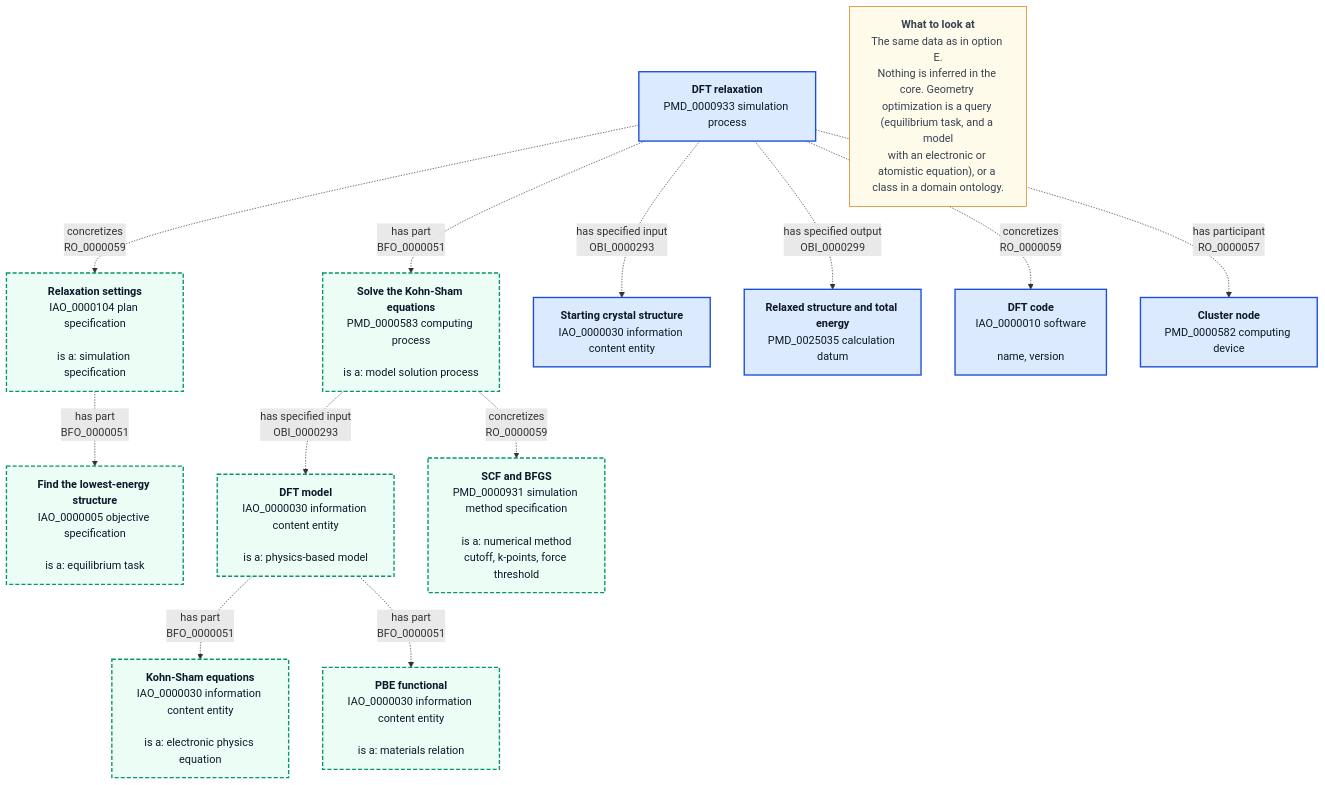
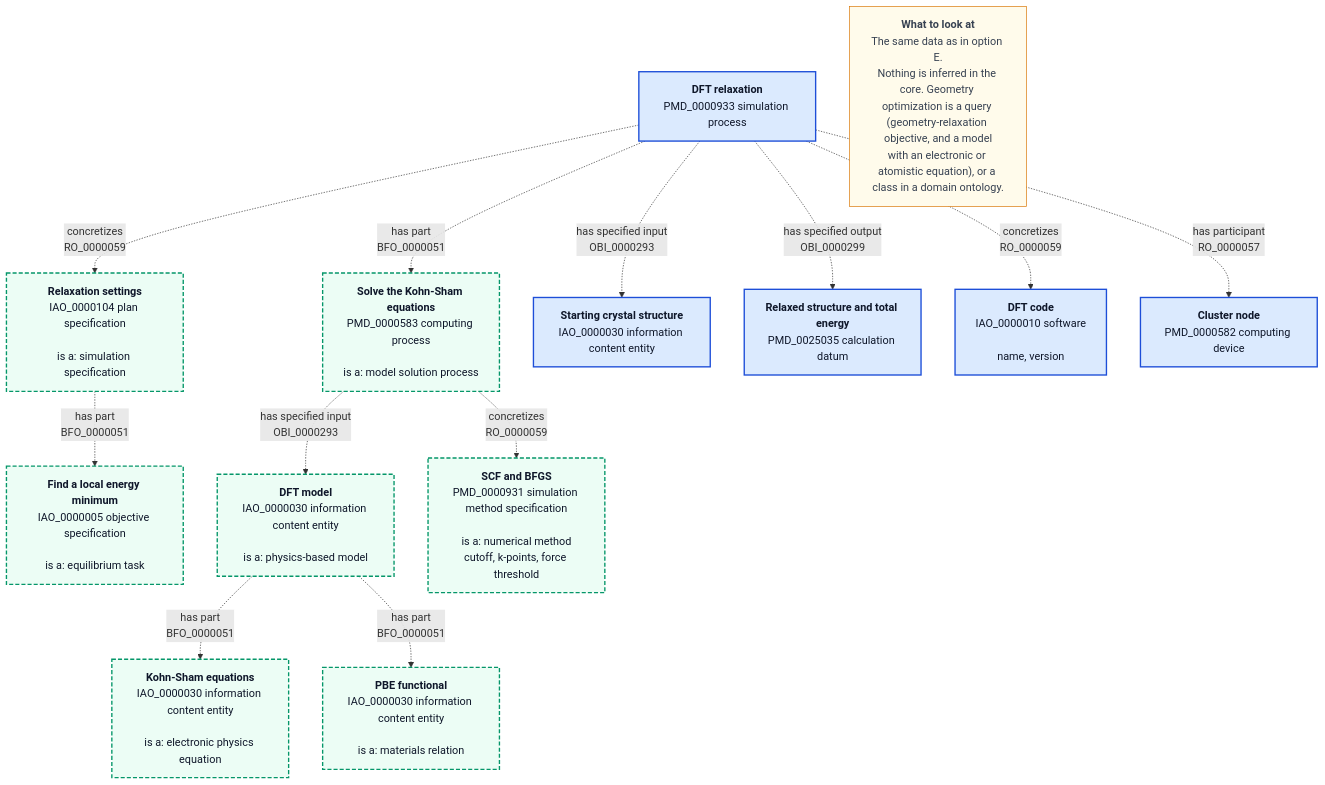
Before and after one commit to BAMresearch/mermantics: the diagram in web/options/f-parts-only/dft.mmd, drawn with Mermaid. The commit also changed 12 other files, not shown here.

```diff
--- a/web/options/f-parts-only/dft.mmd
+++ b/web/options/f-parts-only/dft.mmd
@@ -1,36 +1,36 @@
 flowchart TB
 
 %% Option F. Parts only: DFT geometry optimization
 %% Materials science: a DFT geometry optimization (relaxation) of a crystal structure.
 
     Relaxation["<b>DFT relaxation</b><br>PMD_0000933 simulation process"]:::local
     Spec["<b>Relaxation settings</b><br>IAO_0000104 plan specification<br><br>is a: simulation specification"]:::proposed
-    Task["<b>Find the lowest-energy structure</b><br>IAO_0000005 objective specification<br><br>is a: equilibrium task"]:::proposed
+    Task["<b>Find a local energy minimum</b><br>IAO_0000005 objective specification<br><br>is a: equilibrium task"]:::proposed
     Solve["<b>Solve the Kohn-Sham equations</b><br>PMD_0000583 computing process<br><br>is a: model solution process"]:::proposed
     DFTModel["<b>DFT model</b><br>IAO_0000030 information content entity<br><br>is a: physics-based model"]:::proposed
     KS["<b>Kohn-Sham equations</b><br>IAO_0000030 information content entity<br><br>is a: electronic physics equation"]:::proposed
     PBE["<b>PBE functional</b><br>IAO_0000030 information content entity<br><br>is a: materials relation"]:::proposed
     SCF["<b>SCF and BFGS</b><br>PMD_0000931 simulation method specification<br><br>is a: numerical method<br>cutoff, k-points, force threshold"]:::proposed
     Structure["<b>Starting crystal structure</b><br>IAO_0000030 information content entity"]:::local
     Relaxed["<b>Relaxed structure and total energy</b><br>PMD_0025035 calculation datum"]:::local
     Code["<b>DFT code</b><br>IAO_0000010 software<br><br>name, version"]:::local
     Node["<b>Cluster node</b><br>PMD_0000582 computing device"]:::local
-    Note["<b>What to look at</b><br>The same data as in option E.<br>Nothing is inferred in the core. Geometry optimization is a query (equilibrium task, and a model<br>with an electronic or atomistic equation), or a class in a domain ontology."]:::note
+    Note["<b>What to look at</b><br>The same data as in option E.<br>Nothing is inferred in the core. Geometry optimization is a query (geometry-relaxation objective, and a model<br>with an electronic or atomistic equation), or a class in a domain ontology."]:::note
 
     Relaxation -. "concretizes<br>RO_0000059" .-> Spec
     Spec -. "has part<br>BFO_0000051" .-> Task
     Relaxation -. "has part<br>BFO_0000051" .-> Solve
     Solve -. "has specified input<br>OBI_0000293" .-> DFTModel
     Solve -. "concretizes<br>RO_0000059" .-> SCF
     DFTModel -. "has part<br>BFO_0000051" .-> KS
     DFTModel -. "has part<br>BFO_0000051" .-> PBE
     Relaxation -. "has specified input<br>OBI_0000293" .-> Structure
     Relaxation -. "has specified output<br>OBI_0000299" .-> Relaxed
     Relaxation -. "concretizes<br>RO_0000059" .-> Code
     Relaxation -. "has participant<br>RO_0000057" .-> Node
 
     classDef local fill:#dbeafe,stroke:#1d4ed8,stroke-width:2px,color:#0f172a
     classDef note fill:#fffbeb,stroke:#d97706,color:#374151
     classDef proposed fill:#ecfdf5,stroke:#059669,stroke-width:2px,stroke-dasharray:6 3,color:#0f172a
 
 %% mermantics-kinds {"Relaxation":"process","Spec":"plan","Task":"plan","Solve":"process","DFTModel":"information","KS":"information","PBE":"information","SCF":"plan","Structure":"information","Relaxed":"data","Code":"software","Node":"device"}
```
